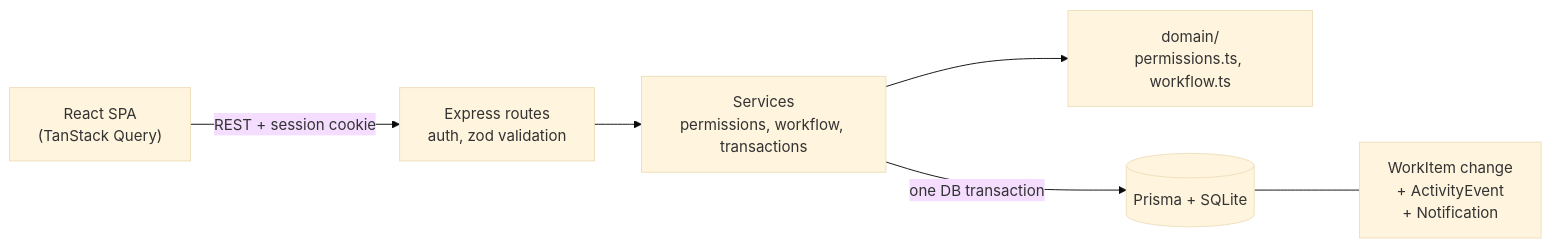
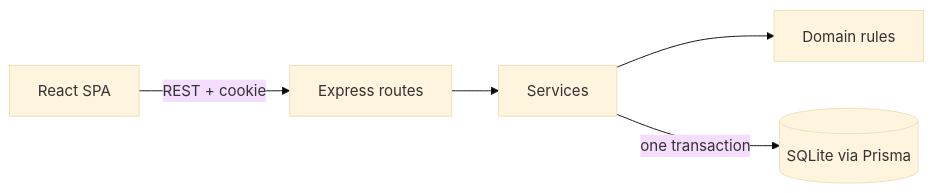
Before and after one commit to PriyanshuCoder07/newtonite-ops: the first of 3 diagrams in README.md, drawn with Mermaid (base theme). The commit also changed other lines of this file, not shown here.

````diff
--- a/README.md
+++ b/README.md
@@ -68,8 +68,7 @@
 ```mermaid
 flowchart LR
-    B["React SPA<br/>(TanStack Query)"] -->|"REST + session cookie"| R["Express routes<br/>auth, zod validation"]
-    R --> S["Services<br/>permissions, workflow, transactions"]
-    S --> D["domain/<br/>permissions.ts, workflow.ts"]
-    S -->|"one DB transaction"| P[("Prisma + SQLite")]
-    P --- T["WorkItem change<br/>+ ActivityEvent<br/>+ Notification"]
+    A["React SPA"] -->|"REST + cookie"| B["Express routes"]
+    B --> C["Services"]
+    C --> D["Domain rules"]
+    C -->|"one transaction"| E[("SQLite via Prisma")]
 ```
````
